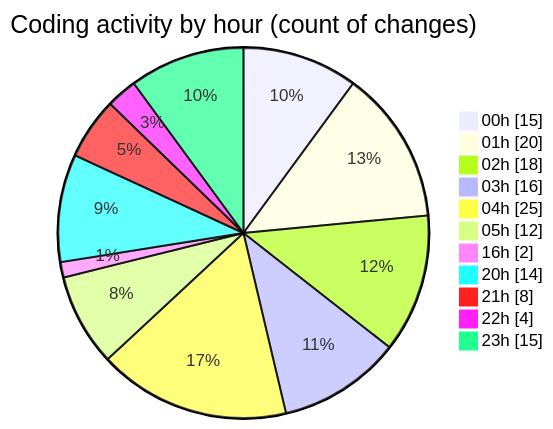
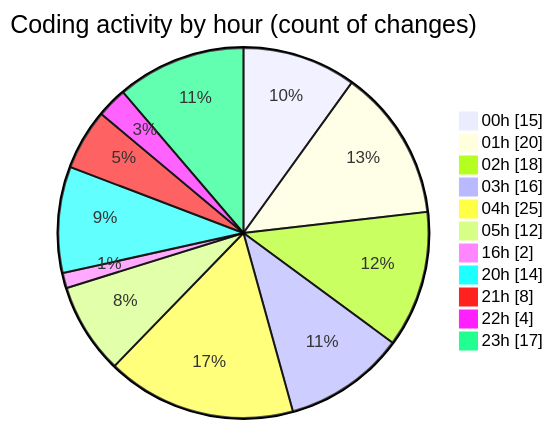
The second of 2 diagrams in 2025-08-04/studybuddy/README.md (lephambinh05/code-tracking), drawn with Mermaid before and after one commit. The commit also changed other lines of this file and 1 other file, not shown here.

````diff
--- a/2025-08-04/studybuddy/README.md
+++ b/2025-08-04/studybuddy/README.md
@@ -64,15 +65,15 @@
 ```mermaid
 pie showData
 title Coding activity by hour (count of changes)
 "00h" : 15
 "01h" : 20
 "02h" : 18
 "03h" : 16
 "04h" : 25
 "05h" : 12
 "16h" : 2
 "20h" : 14
 "21h" : 8
 "22h" : 4
-"23h" : 15
+"23h" : 17
 ```
````
